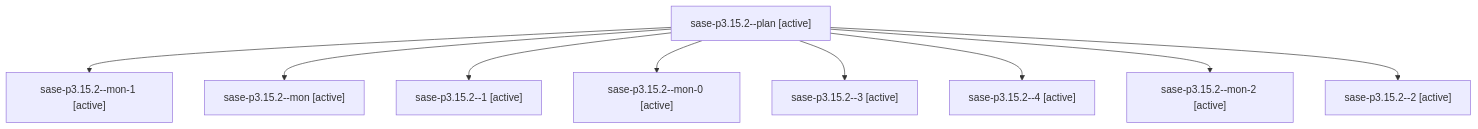
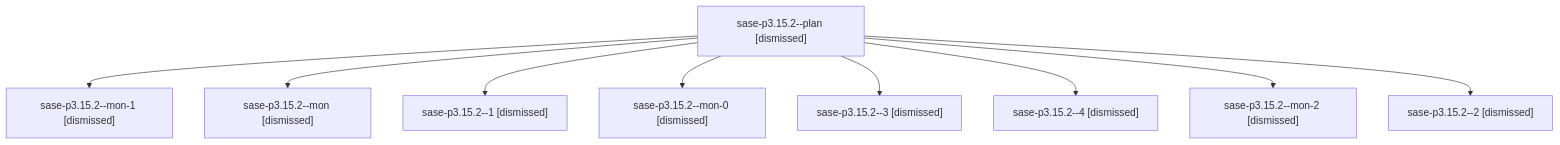
The diagram in sessions/bbugyi200.athena.sase-p3.15.2.md (sase-org/sase--agents), drawn with Mermaid before and after one commit. The commit also changed other lines of this file and 206 other files, not shown here.

````diff
--- a/sessions/bbugyi200.athena.sase-p3.15.2.md
+++ b/sessions/bbugyi200.athena.sase-p3.15.2.md
@@ -9,20 +9,20 @@
 ```mermaid
 flowchart TD
-  n0["sase-p3.15.2--plan [active]"]
-  n1["sase-p3.15.2--mon-1 [active]"]
+  n0["sase-p3.15.2--plan [dismissed]"]
+  n1["sase-p3.15.2--mon-1 [dismissed]"]
   n0 --> n1
-  n2["sase-p3.15.2--mon [active]"]
+  n2["sase-p3.15.2--mon [dismissed]"]
   n0 --> n2
-  n3["sase-p3.15.2--1 [active]"]
+  n3["sase-p3.15.2--1 [dismissed]"]
   n0 --> n3
-  n4["sase-p3.15.2--mon-0 [active]"]
+  n4["sase-p3.15.2--mon-0 [dismissed]"]
   n0 --> n4
-  n5["sase-p3.15.2--3 [active]"]
+  n5["sase-p3.15.2--3 [dismissed]"]
   n0 --> n5
-  n6["sase-p3.15.2--4 [active]"]
+  n6["sase-p3.15.2--4 [dismissed]"]
   n0 --> n6
-  n7["sase-p3.15.2--mon-2 [active]"]
+  n7["sase-p3.15.2--mon-2 [dismissed]"]
   n0 --> n7
-  n8["sase-p3.15.2--2 [active]"]
+  n8["sase-p3.15.2--2 [dismissed]"]
   n0 --> n8
 ```
````
